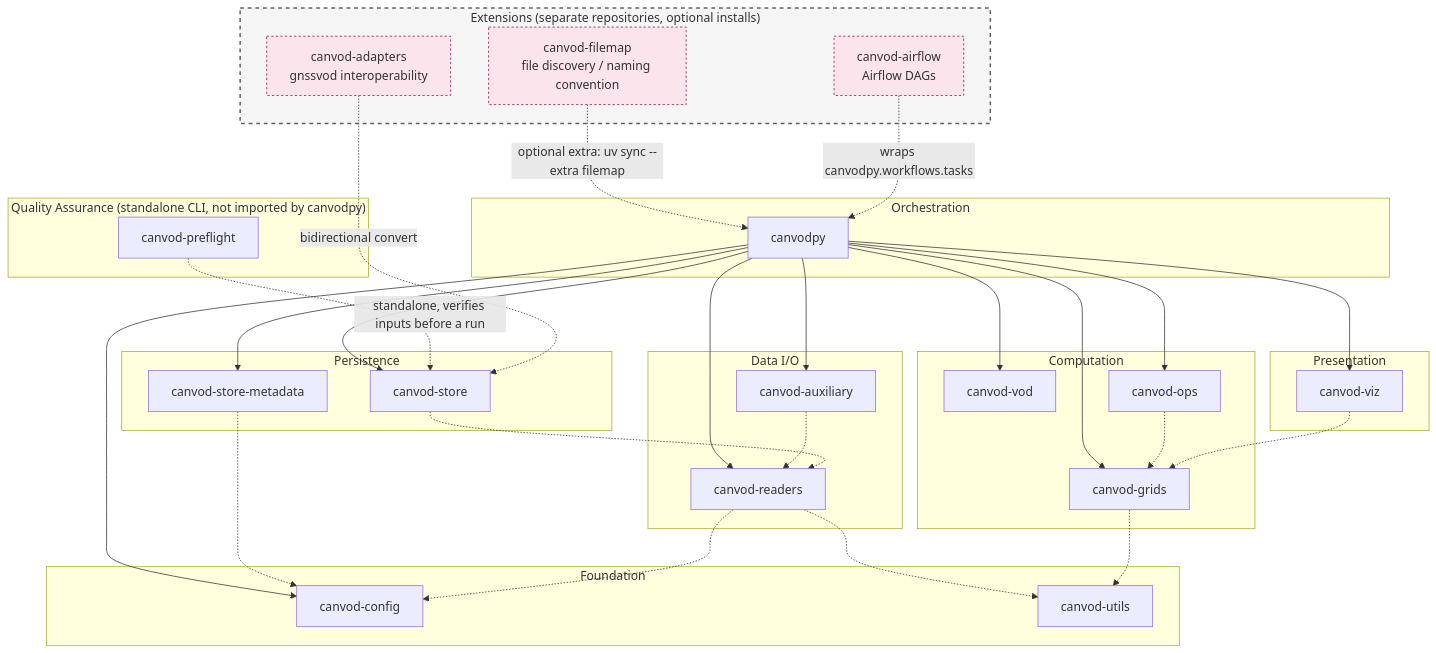
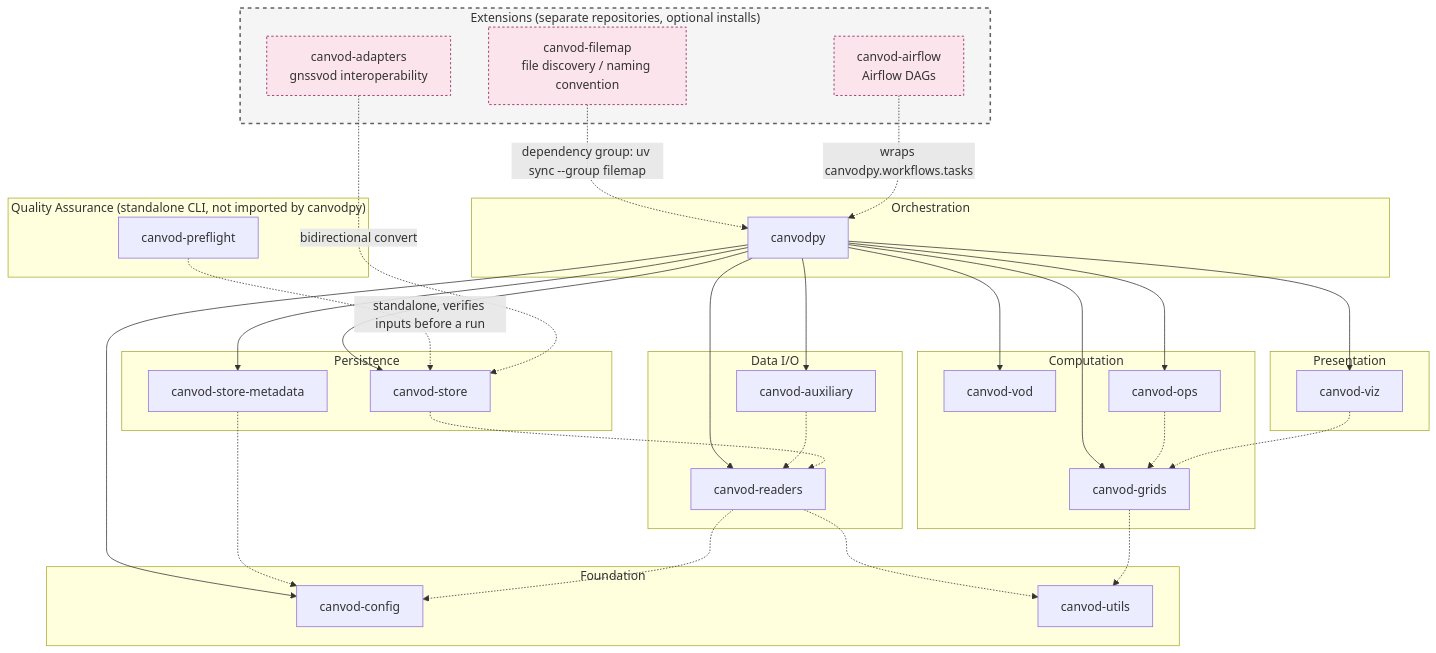
Before and after one commit to nfb2021/canvodpy: the diagram in docs/diagrams/paper_figs/06-software-architecture.mmd, drawn with Mermaid. The commit also changed 11 other files, not shown here.

First line of the commit message:
build!: install canvod-filemap through the workspace group "filemap"

```diff
--- a/docs/diagrams/paper_figs/06-software-architecture.mmd
+++ b/docs/diagrams/paper_figs/06-software-architecture.mmd
@@ -1,62 +1,62 @@
 graph TD
     subgraph ORCHESTRATION["Orchestration"]
         CANVODPY["canvodpy"]
     end
 
     subgraph COMPUTE["Computation"]
         VOD["canvod-vod"]
         GRIDS["canvod-grids"]
         OPS["canvod-ops"]
     end
 
     subgraph STORE_LAYER["Persistence"]
         STORE["canvod-store"]
         STOREMETA["canvod-store-metadata"]
     end
 
     subgraph DATAIO["Data I/O"]
         READERS["canvod-readers"]
         AUX["canvod-auxiliary"]
     end
 
     subgraph PRESENT["Presentation"]
         VIZ["canvod-viz"]
     end
 
     subgraph FOUNDATION["Foundation"]
         CONFIG["canvod-config"]
         UTILS["canvod-utils"]
     end
 
     subgraph VERIFY["Quality Assurance (standalone CLI, not imported by canvodpy)"]
         NAMING["canvod-preflight"]
     end
 
     subgraph EXTENSIONS["Extensions (separate repositories, optional installs)"]
         FILEMAP["canvod-filemap<br/>file discovery / naming convention"]
         ADAPTERS["canvod-adapters<br/>gnssvod interoperability"]
         AIRFLOW["canvod-airflow<br/>Airflow DAGs"]
     end
 
     CANVODPY --> READERS & AUX
     CANVODPY --> STORE & STOREMETA
     CANVODPY --> VOD & GRIDS & OPS & VIZ
     CANVODPY --> CONFIG
 
     OPS -.-> GRIDS
     VIZ -.-> GRIDS
     AUX -.-> READERS
     STORE -.-> READERS
     STOREMETA -.-> CONFIG
     NAMING -.->|standalone, verifies inputs before a run| STORE
     READERS -.-> UTILS & CONFIG
     GRIDS -.-> UTILS
 
-    FILEMAP -.->|optional extra: uv sync --extra filemap| CANVODPY
+    FILEMAP -.->|dependency group: uv sync --group filemap| CANVODPY
     ADAPTERS -.->|bidirectional convert| STORE
     AIRFLOW -.->|wraps canvodpy.workflows.tasks| CANVODPY
 
     style EXTENSIONS fill:#f5f5f5,stroke:#616161,stroke-width:2px,stroke-dasharray: 5 5
     style FILEMAP fill:#fce4ec,stroke:#880e4f,stroke-width:1px,stroke-dasharray: 3 3
     style ADAPTERS fill:#fce4ec,stroke:#880e4f,stroke-width:1px,stroke-dasharray: 3 3
     style AIRFLOW fill:#fce4ec,stroke:#880e4f,stroke-width:1px,stroke-dasharray: 3 3
```
